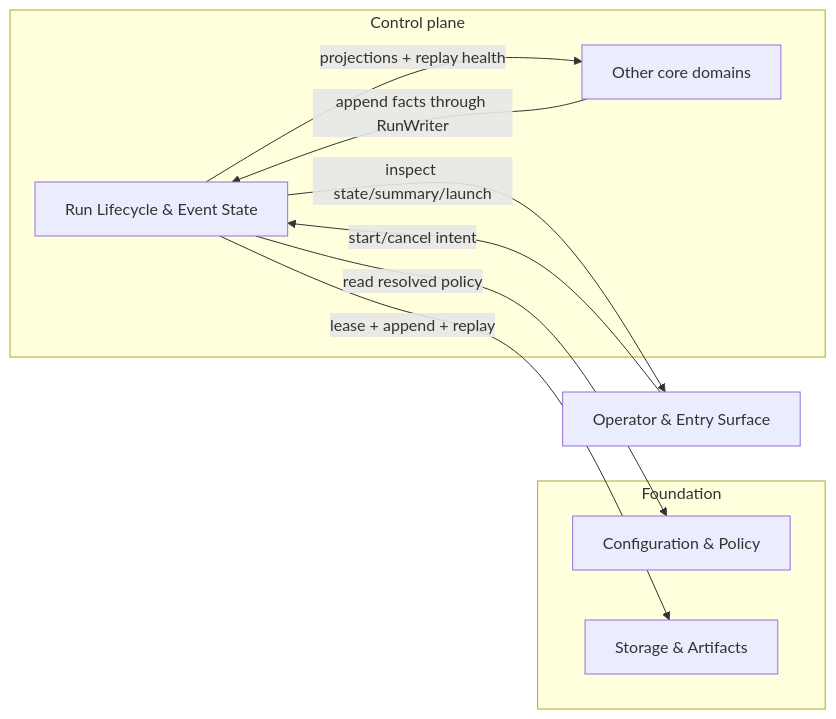
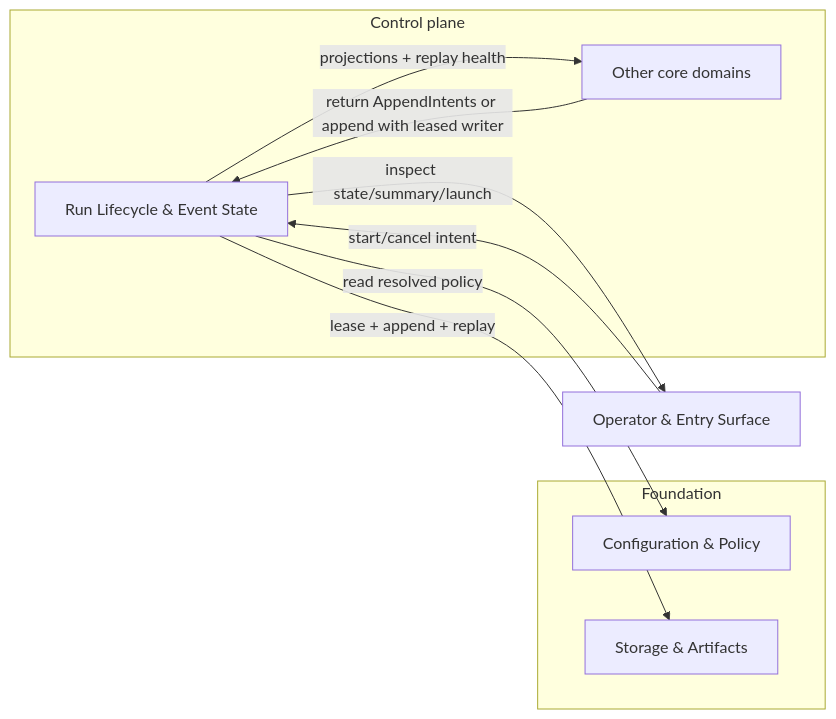
The first of 2 diagrams in docs/design/domains/core-01-run-lifecycle-and-state/design.md (aryeko/agentic-workflow-kit), drawn with Mermaid before and after one commit. The commit also changed other lines of this file and 37 other files, not shown here.

````diff
--- a/docs/design/domains/core-01-run-lifecycle-and-state/design.md
+++ b/docs/design/domains/core-01-run-lifecycle-and-state/design.md
@@ -42,17 +43,17 @@
 ```mermaid
 flowchart LR
   subgraph CORE["Control plane"]
     RL["Run Lifecycle & Event State"]
     OTHER["Other core domains"]
   end
   subgraph FND["Foundation"]
     CFG["Configuration & Policy"]
     STA["Storage & Artifacts"]
   end
   OP["Operator & Entry Surface"] -->|"start/cancel intent"| RL
-  OTHER -->|"append facts through RunWriter"| RL
+  OTHER -->|"return AppendIntents or append with leased writer"| RL
   RL -->|"read resolved policy"| CFG
   RL -->|"lease + append + replay"| STA
   RL -->|"projections + replay health"| OTHER
   RL -->|"inspect state/summary/launch"| OP
 ```
````
